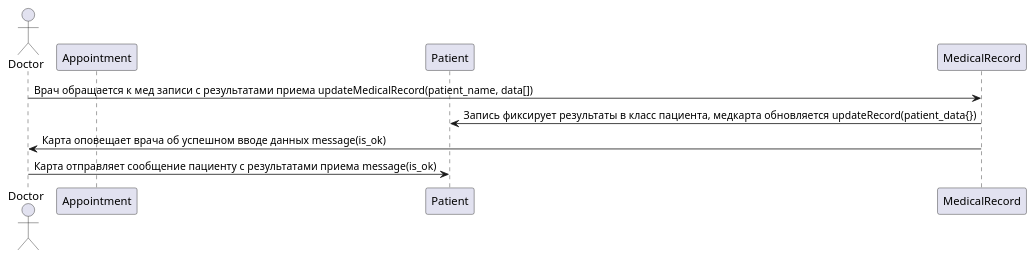
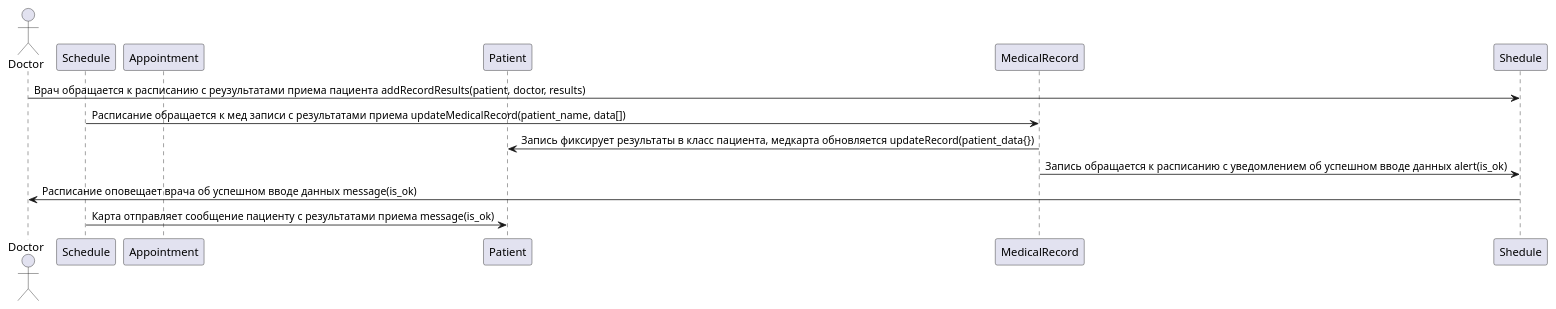
The diagram in sequence_diagram_2.md (penamarth/bsbo-01-22_team2_var3), drawn with PlantUML before and after one commit.

````diff
--- a/sequence_diagram_2.md
+++ b/sequence_diagram_2.md
@@ -1,17 +1,21 @@
 ```plantuml
 @startuml sequence_diagram_2
 
 actor Doctor
 
+participant Schedule
 participant Appointment
 participant Patient
 participant MedicalRecord
 
 
-Doctor -> MedicalRecord: Врач обращается к мед записи с результатами приема updateMedicalRecord(patient_name, data[])
+Doctor -> Shedule: Врач обращается к расписанию с реузультатами приема пациента addRecordResults(patient, doctor, results)
+Schedule -> MedicalRecord: Расписание обращается к мед записи с результатами приема updateMedicalRecord(patient_name, data[])
 MedicalRecord -> Patient: Запись фиксирует результаты в класс пациента, медкарта обновляется updateRecord(patient_data{})
-MedicalRecord -> Doctor: Карта оповещает врача об успешном вводе данных message(is_ok)
-Doctor -> Patient: Карта отправляет сообщение пациенту с результатами приема message(is_ok)
+MedicalRecord -> Shedule: Запись обращается к расписанию с уведомлением об успешном вводе данных alert(is_ok)
+Shedule -> Doctor: Расписание оповещает врача об успешном вводе данных message(is_ok)
+Schedule -> Patient: Карта отправляет сообщение пациенту с результатами приема message(is_ok)
 
 @enduml
+
 ```
````
